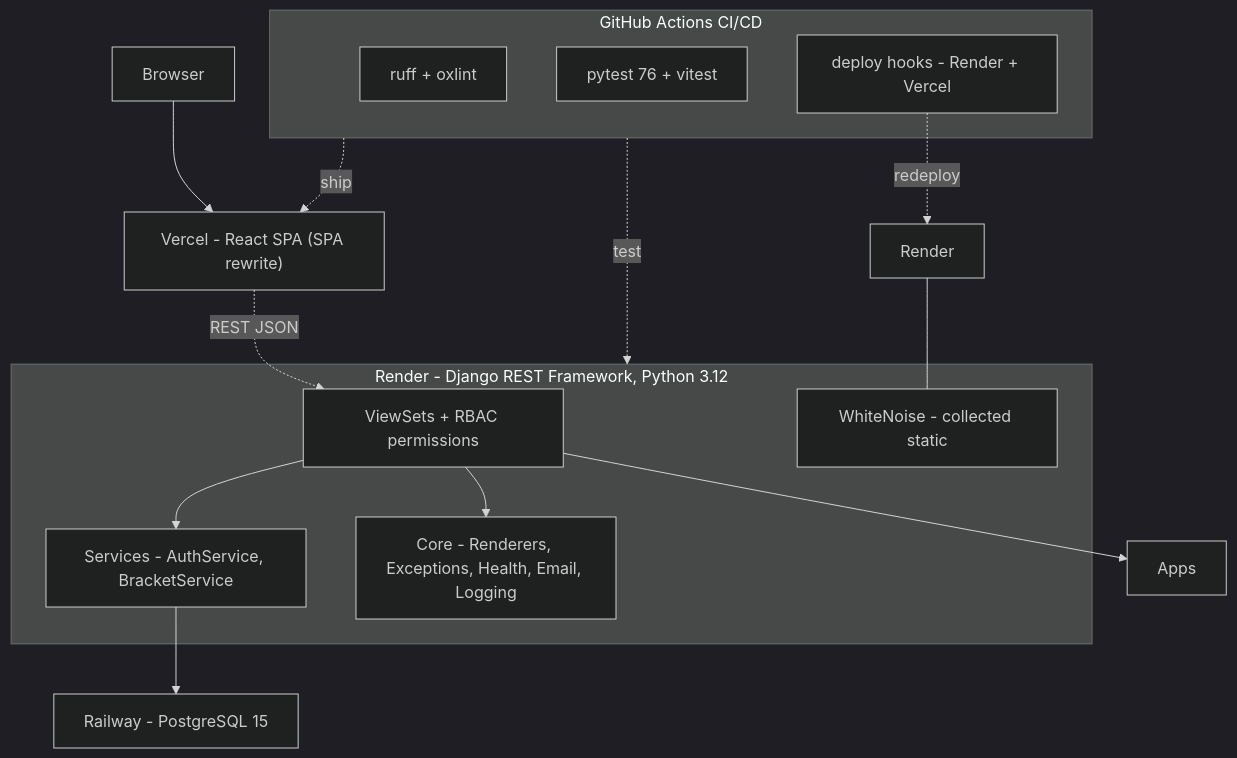
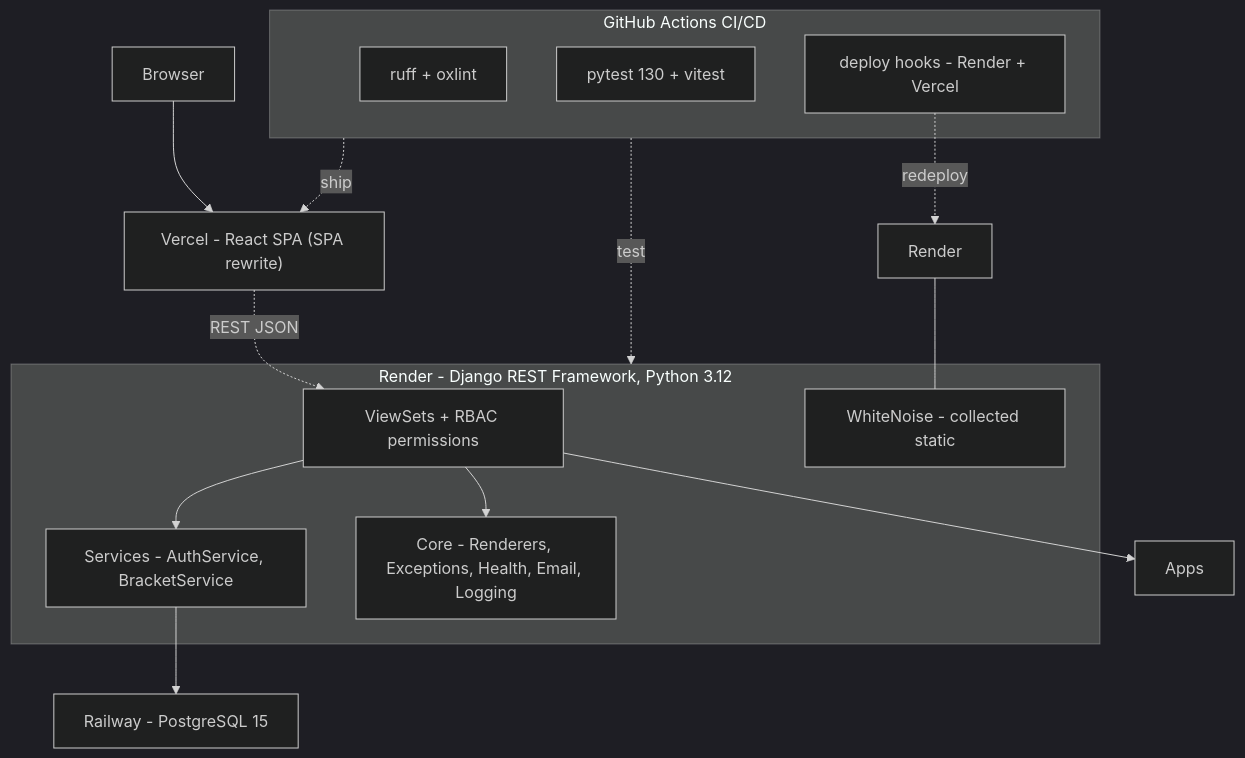
The diagram in docs/diagrams/architecture.md (GOWTHAM-MG-2006/esports-tournament-management-platform), drawn with Mermaid (dark theme) before and after one commit. The commit also changed other lines of this file and 6 other files, not shown here.

Commit message:
docs: align README, CHANGELOG, diagrams and frontend guide with OTP auth, admin center, browse and current schema

````diff
--- a/docs/diagrams/architecture.md
+++ b/docs/diagrams/architecture.md
@@ -3,31 +3,31 @@
 ```mermaid
 graph TB
     Client["Browser"]
     Vercel["Vercel - React SPA (SPA rewrite)"]
 
     subgraph Backend[Render - Django REST Framework, Python 3.12]
         Views[ViewSets + RBAC permissions]
         Services[Services - AuthService, BracketService]
         Core[Core - Renderers, Exceptions, Health, Email, Logging]
         Static["WhiteNoise - collected static"]
     end
 
     Railway["Railway - PostgreSQL 15"]
 
     subgraph CI[GitHub Actions CI/CD]
         Lint["ruff + oxlint"]
-        Tests["pytest 76 + vitest"]
+        Tests["pytest 130 + vitest"]
         Deploy["deploy hooks - Render + Vercel"]
     end
 
     Client --> Vercel
     Vercel -. REST JSON .-> Views
     Views --> Services
     Views --> Core
     Services --> Railway
     Views --> Apps
     Render --- Static
     CI -. test .-> Backend
     CI -. ship .-> Vercel
     Deploy -. redeploy .-> Render
 ```
````
